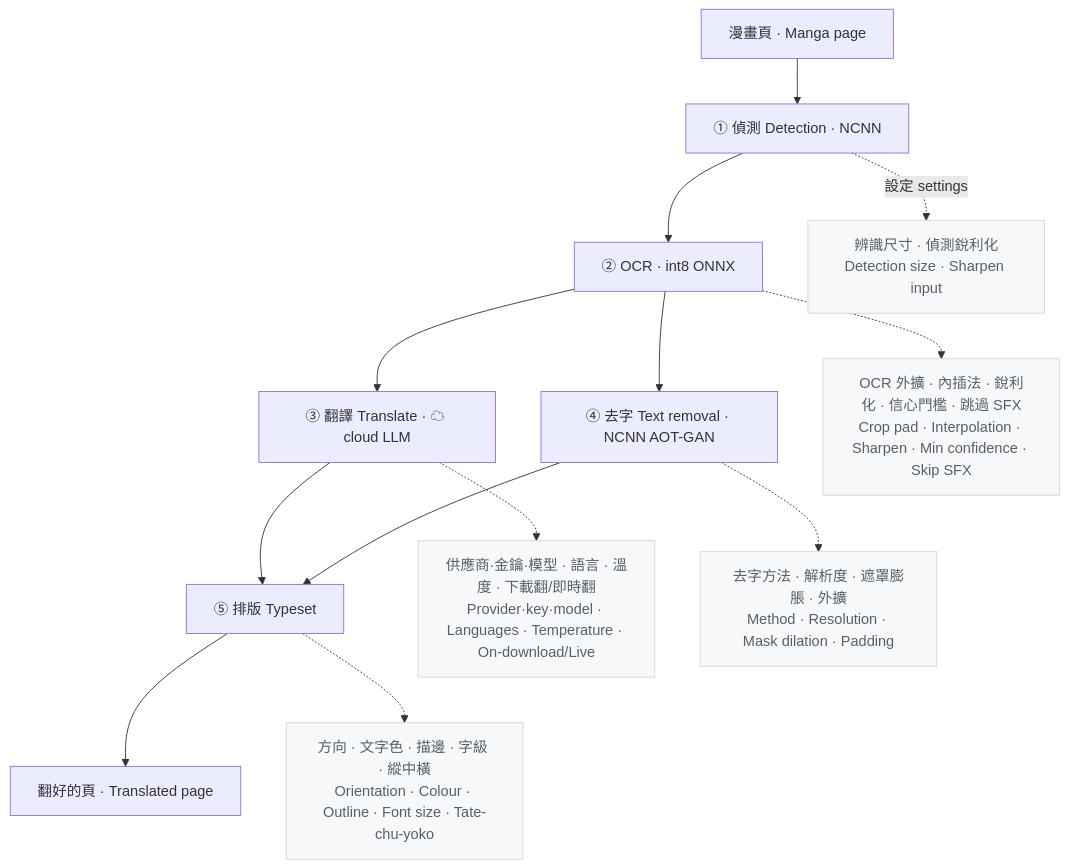
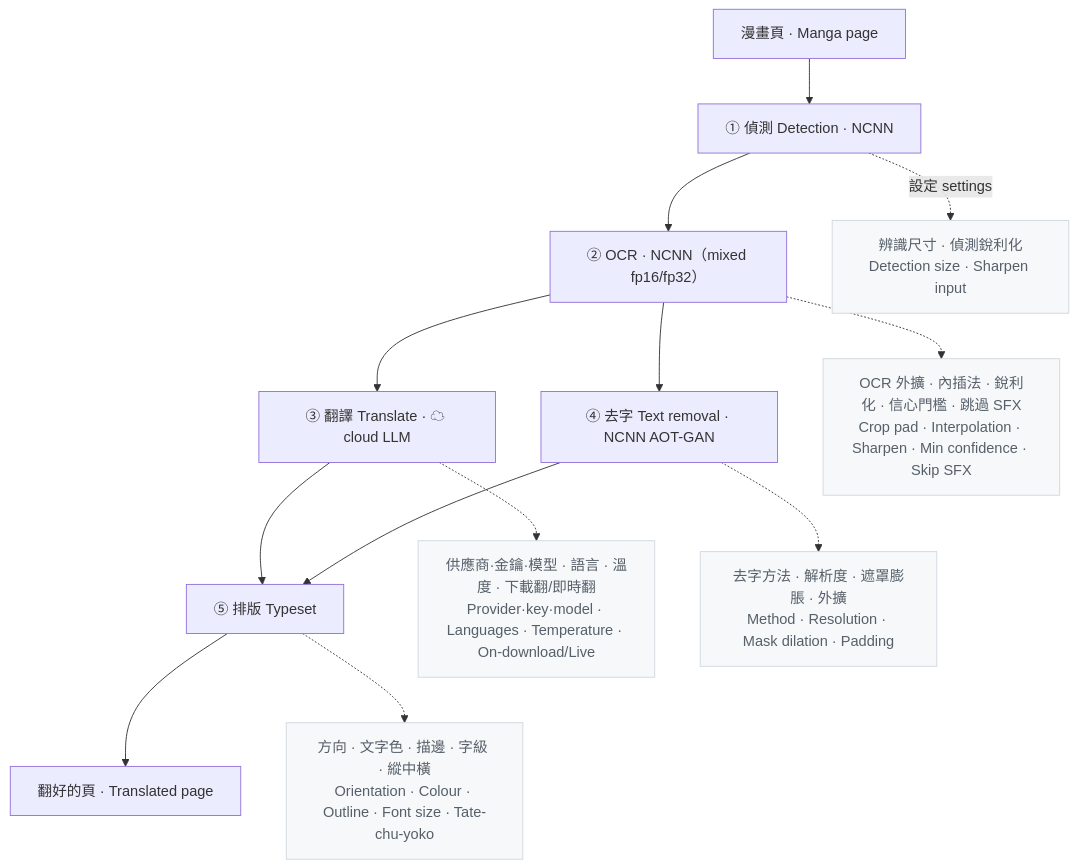
The diagram in README.md (joyeli/Yakuyomi), drawn with Mermaid before and after one commit. The commit also changed other lines of this file and 7 other files, not shown here.

First line of the commit message:
0.22.0：OCR 改走 NCNN 混合精度（引擎 models-v4）、拔掉 ONNX Runtime

````diff
--- a/README.md
+++ b/README.md
@@ -158,19 +158,19 @@
 ```mermaid
 flowchart TD
     P["漫畫頁 · Manga page"] --> DET
-    DET["① 偵測 Detection · NCNN"] --> OCR["② OCR · int8 ONNX"]
+    DET["① 偵測 Detection · NCNN"] --> OCR["② OCR · NCNN（mixed fp16/fp32）"]
     OCR --> TR["③ 翻譯 Translate · ☁ cloud LLM"]
     OCR --> INP["④ 去字 Text removal · NCNN AOT-GAN"]
     TR --> RND
     INP --> RND["⑤ 排版 Typeset"]
     RND --> OUT["翻好的頁 · Translated page"]
 
     DET -. 設定 settings .-> Do["辨識尺寸 · 偵測銳利化<br/>Detection size · Sharpen input"]
     OCR -.-> Oo["OCR 外擴 · 內插法 · 銳利化 · 信心門檻 · 跳過 SFX<br/>Crop pad · Interpolation · Sharpen · Min confidence · Skip SFX"]
     TR -.-> To["供應商·金鑰·模型 · 語言 · 溫度 · 下載翻/即時翻<br/>Provider·key·model · Languages · Temperature · On-download/Live"]
     INP -.-> Io["去字方法 · 解析度 · 遮罩膨脹 · 外擴<br/>Method · Resolution · Mask dilation · Padding"]
     RND -.-> Ro["方向 · 文字色 · 描邊 · 字級 · 縱中橫<br/>Orientation · Colour · Outline · Font size · Tate-chu-yoko"]
 
     classDef opt fill:#f6f8fa,stroke:#d0d7de,color:#57606a;
     class Do,Oo,To,Io,Ro opt;
 ```
````
